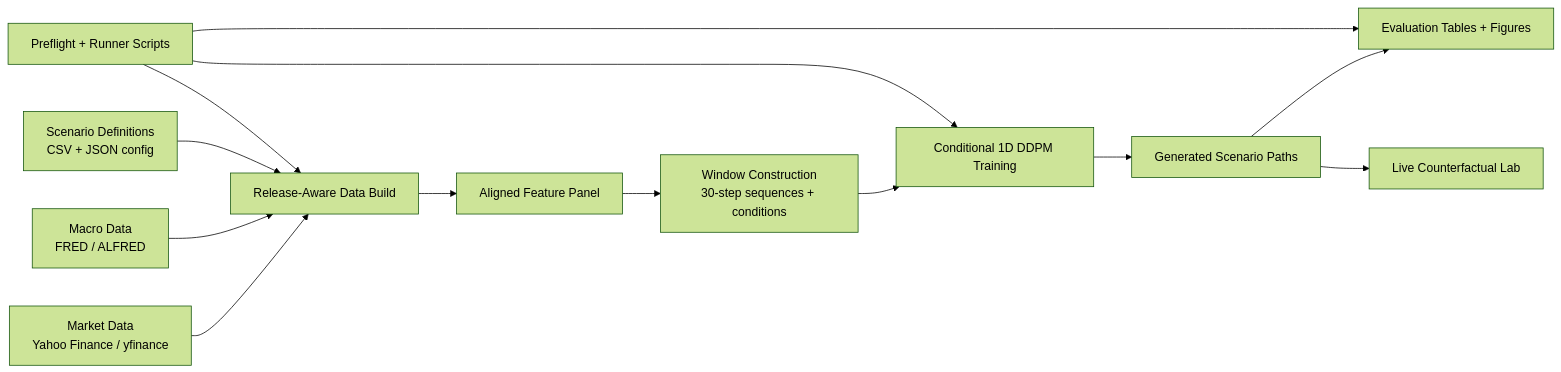
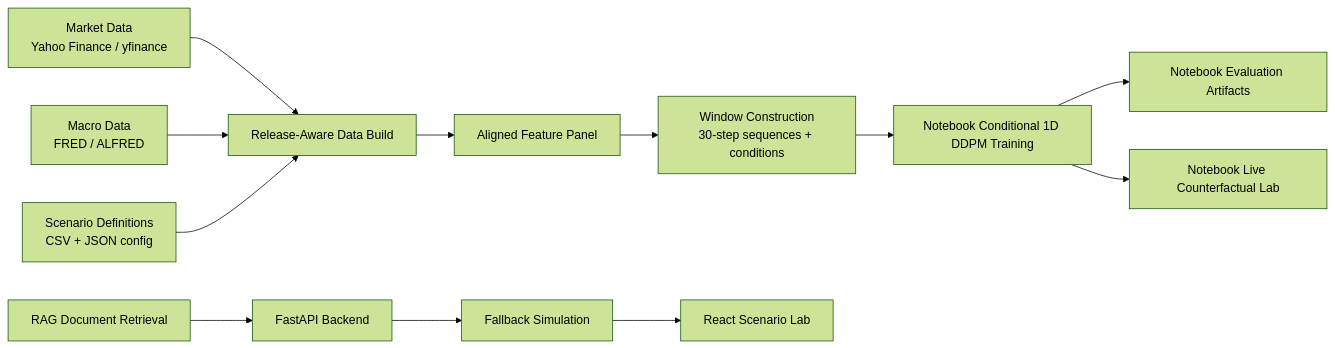
Before and after one commit to ItsSawhill/Counterfactual-scenario-generation: the diagram in README.md, drawn with Mermaid (forest theme). The commit also changed other lines of this file and 10 other files, not shown here.

````diff
--- a/README.md
+++ b/README.md
@@ -23,17 +28,16 @@
 ```mermaid
 flowchart LR
     A[Market Data<br/>Yahoo Finance / yfinance] --> C[Release-Aware Data Build]
     B[Macro Data<br/>FRED / ALFRED] --> C
     D[Scenario Definitions<br/>CSV + JSON config] --> C
 
     C --> E[Aligned Feature Panel]
     E --> F[Window Construction<br/>30-step sequences + conditions]
-    F --> G[Conditional 1D DDPM Training]
-    G --> H[Generated Scenario Paths]
-    H --> I[Evaluation Tables + Figures]
-    H --> J[Live Counterfactual Lab]
+    F --> G[Notebook Conditional 1D DDPM Training]
+    G --> H[Notebook Evaluation Artifacts]
+    G --> I[Notebook Live Counterfactual Lab]
 
-    K[Preflight + Runner Scripts] --> C
-    K --> G
-    K --> I
+    J[FastAPI Backend] --> K[Fallback Simulation]
+    K --> L[React Scenario Lab]
+    M[RAG Document Retrieval] --> J
 ```
````
